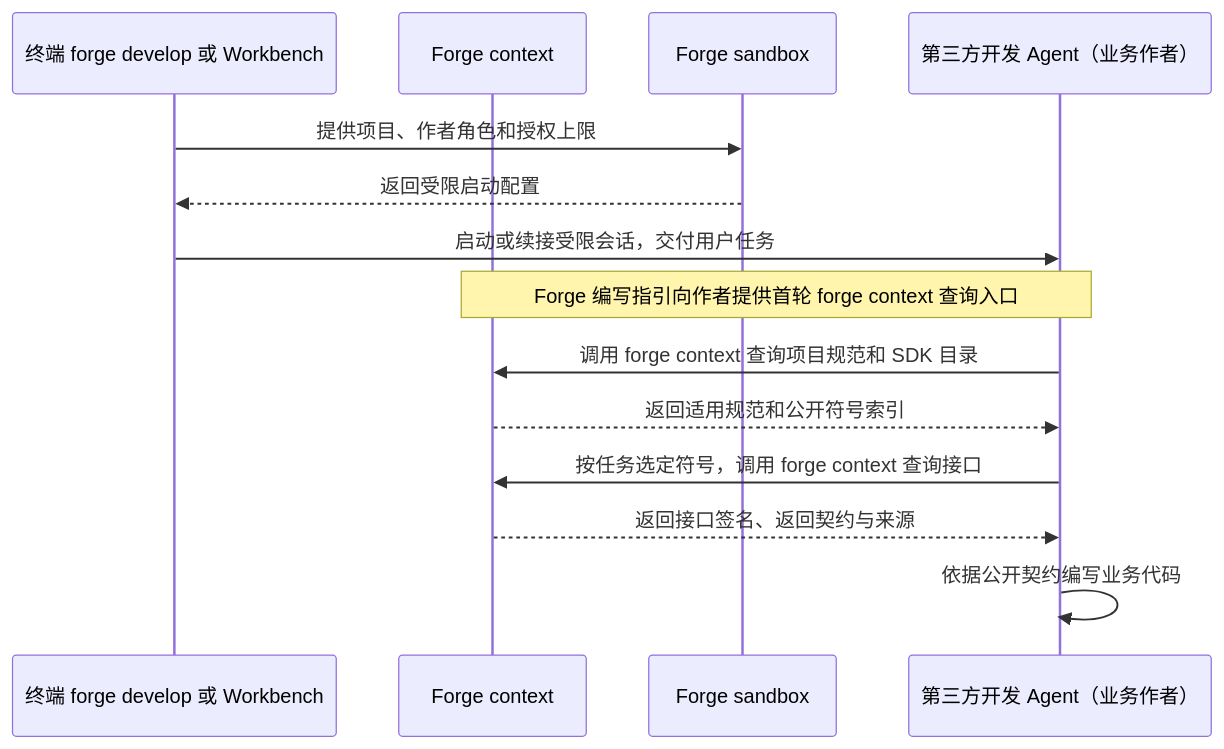
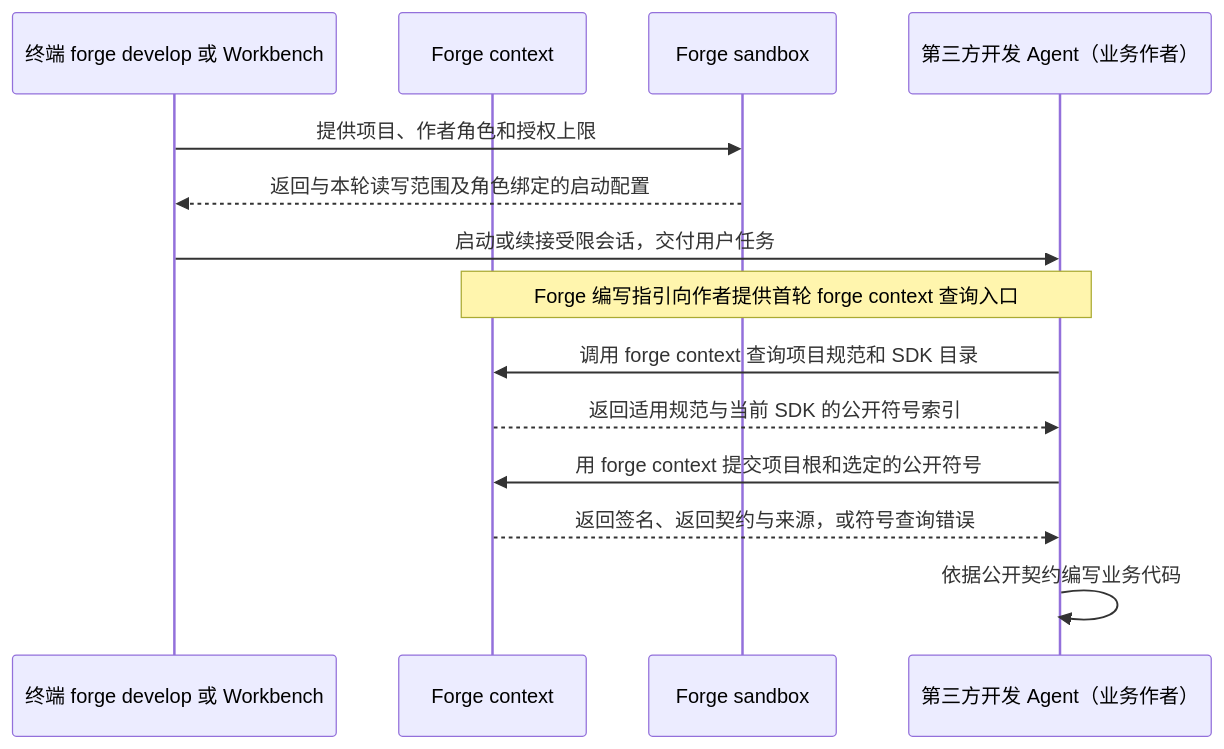
The third of 14 diagrams in docs/demiflow-architecture.md (vincent9299/demiflow), drawn with Mermaid before and after one commit. The commit also changed other lines of this file, not shown here.

Commit message:
Put inter-module contracts on sequence diagram messages

````diff
--- a/docs/demiflow-architecture.md
+++ b/docs/demiflow-architecture.md
@@ -140,16 +137,16 @@
 ```mermaid
 sequenceDiagram
     participant H as 终端 forge develop 或 Workbench
     participant C as Forge context
     participant S as Forge sandbox
     participant A as 第三方开发 Agent（业务作者）
     H->>S: 提供项目、作者角色和授权上限
-    S-->>H: 返回受限启动配置
+    S-->>H: 返回与本轮读写范围及角色绑定的启动配置
     H->>A: 启动或续接受限会话，交付用户任务
     Note over C,A: Forge 编写指引向作者提供首轮 forge context 查询入口
     A->>C: 调用 forge context 查询项目规范和 SDK 目录
-    C-->>A: 返回适用规范和公开符号索引
-    A->>C: 按任务选定符号，调用 forge context 查询接口
-    C-->>A: 返回接口签名、返回契约与来源
+    C-->>A: 返回适用规范与当前 SDK 的公开符号索引
+    A->>C: 用 forge context 提交项目根和选定的公开符号
+    C-->>A: 返回签名、返回契约与来源，或符号查询错误
     A->>A: 依据公开契约编写业务代码
 ```
````
